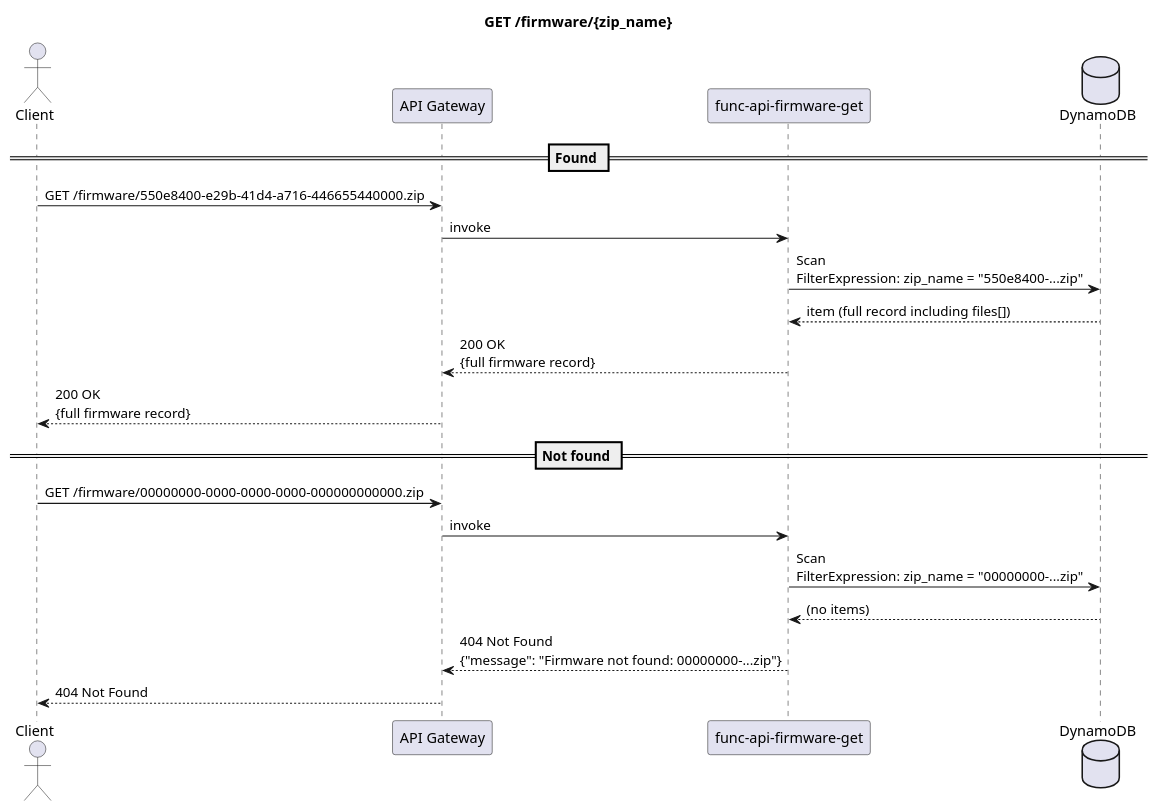
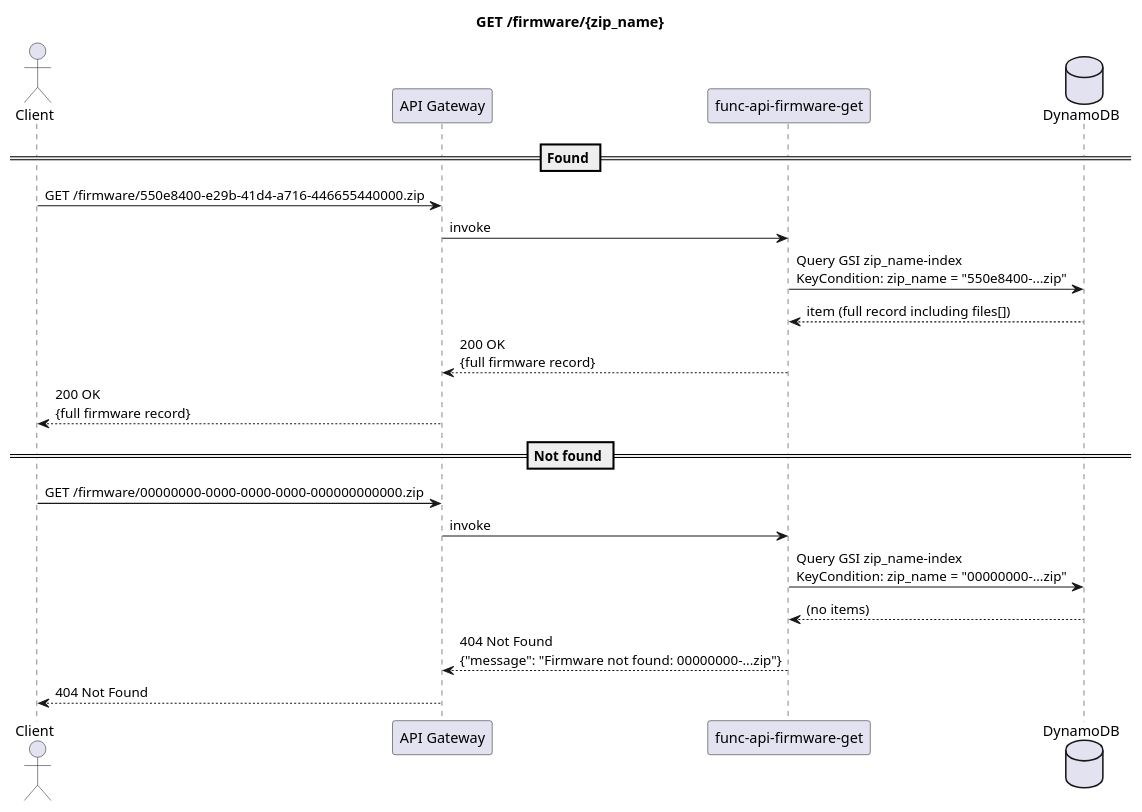
The diagram in docs/sequences/get-firmware-item.puml (BrentIO/FireFly-Cloud), drawn with PlantUML before and after one commit. The commit also changed 14 other files, not shown here.

First line of the commit message:
Redesign DynamoDB schema with composite PK and GSIs

```diff
--- a/docs/sequences/get-firmware-item.puml
+++ b/docs/sequences/get-firmware-item.puml
@@ -1,28 +1,28 @@
 @startuml GET /firmware/{zip_name}
 
 title GET /firmware/{zip_name}
 
 actor Client
 participant "API Gateway" as APIGW
 participant "func-api-firmware-get" as Lambda
 database DynamoDB
 
 == Found ==
 
 Client -> APIGW : GET /firmware/550e8400-e29b-41d4-a716-446655440000.zip
 APIGW -> Lambda : invoke
-Lambda -> DynamoDB : Scan\nFilterExpression: zip_name = "550e8400-...zip"
+Lambda -> DynamoDB : Query GSI zip_name-index\nKeyCondition: zip_name = "550e8400-...zip"
 DynamoDB --> Lambda : item (full record including files[])
 Lambda --> APIGW : 200 OK\n{full firmware record}
 APIGW --> Client : 200 OK\n{full firmware record}
 
 == Not found ==
 
 Client -> APIGW : GET /firmware/00000000-0000-0000-0000-000000000000.zip
 APIGW -> Lambda : invoke
-Lambda -> DynamoDB : Scan\nFilterExpression: zip_name = "00000000-...zip"
+Lambda -> DynamoDB : Query GSI zip_name-index\nKeyCondition: zip_name = "00000000-...zip"
 DynamoDB --> Lambda : (no items)
 Lambda --> APIGW : 404 Not Found\n{"message": "Firmware not found: 00000000-...zip"}
 APIGW --> Client : 404 Not Found
 
 @enduml
```
